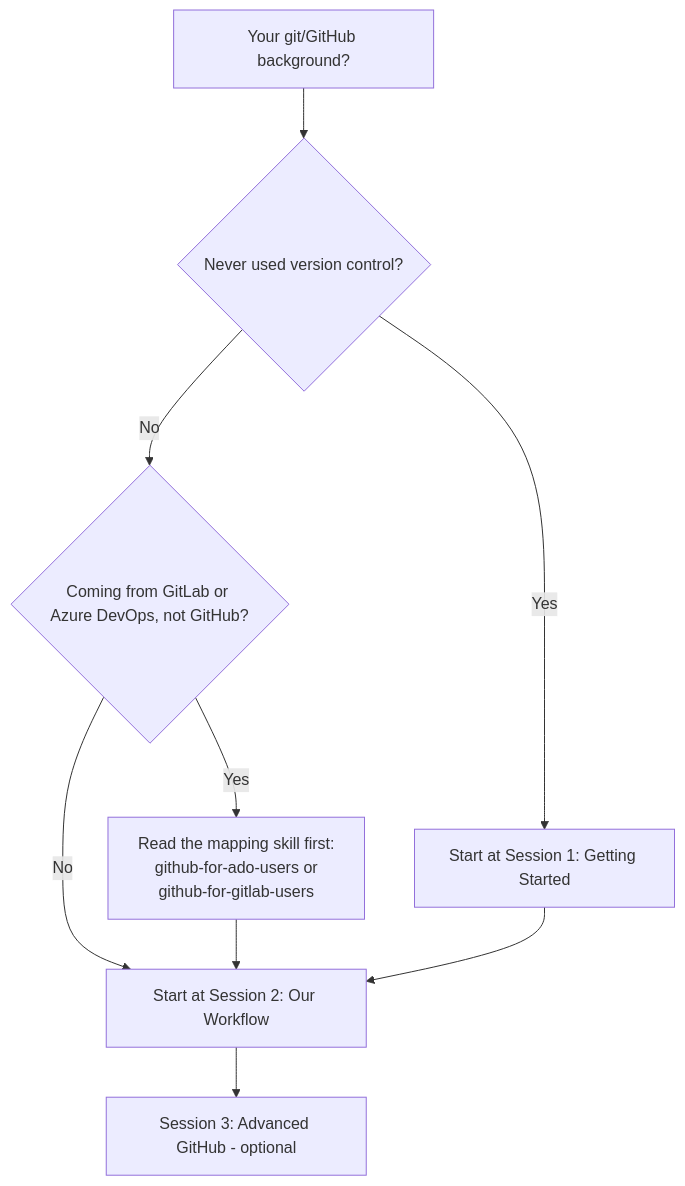
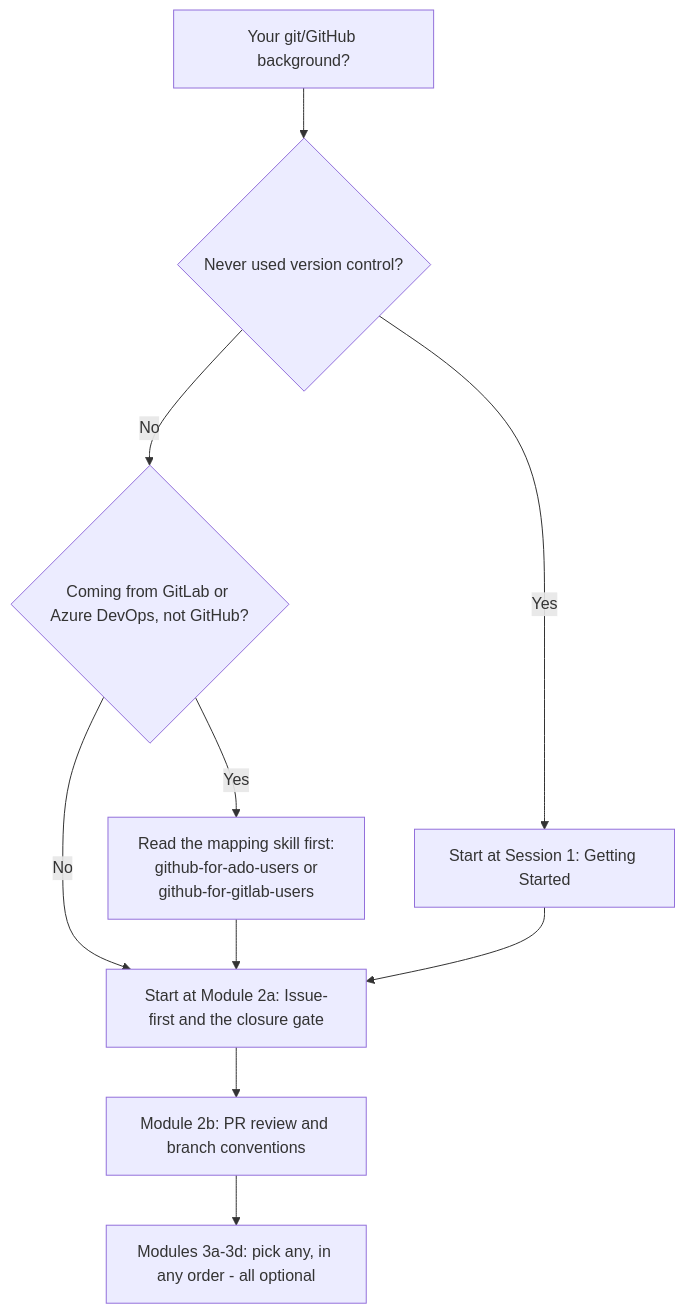
Before and after one commit to JeanKadang/DOC-GitHub-Practice-Skills: the first of 2 diagrams in education/README.md, drawn with Mermaid. The commit also changed other lines of this file, not shown here.

First line of the commit message:
docs: route education README into the six new modules

````diff
--- a/education/README.md
+++ b/education/README.md
@@ -17,11 +17,12 @@
 ```mermaid
 flowchart TD
     Start[Your git/GitHub background?] --> Q1{Never used version control?}
     Q1 -- Yes --> S1[Start at Session 1: Getting Started]
     Q1 -- No --> Q2{Coming from GitLab or Azure DevOps, not GitHub?}
     Q2 -- Yes --> Pre[Read the mapping skill first:<br/>github-for-ado-users or<br/>github-for-gitlab-users]
-    Q2 -- No --> S2[Start at Session 2: Our Workflow]
-    Pre --> S2
-    S1 --> S2
-    S2 --> S3[Session 3: Advanced GitHub - optional]
+    Q2 -- No --> M2a[Start at Module 2a: Issue-first and the closure gate]
+    Pre --> M2a
+    S1 --> M2a
+    M2a --> M2b[Module 2b: PR review and branch conventions]
+    M2b --> M3[Modules 3a-3d: pick any, in any order - all optional]
 ```
````
